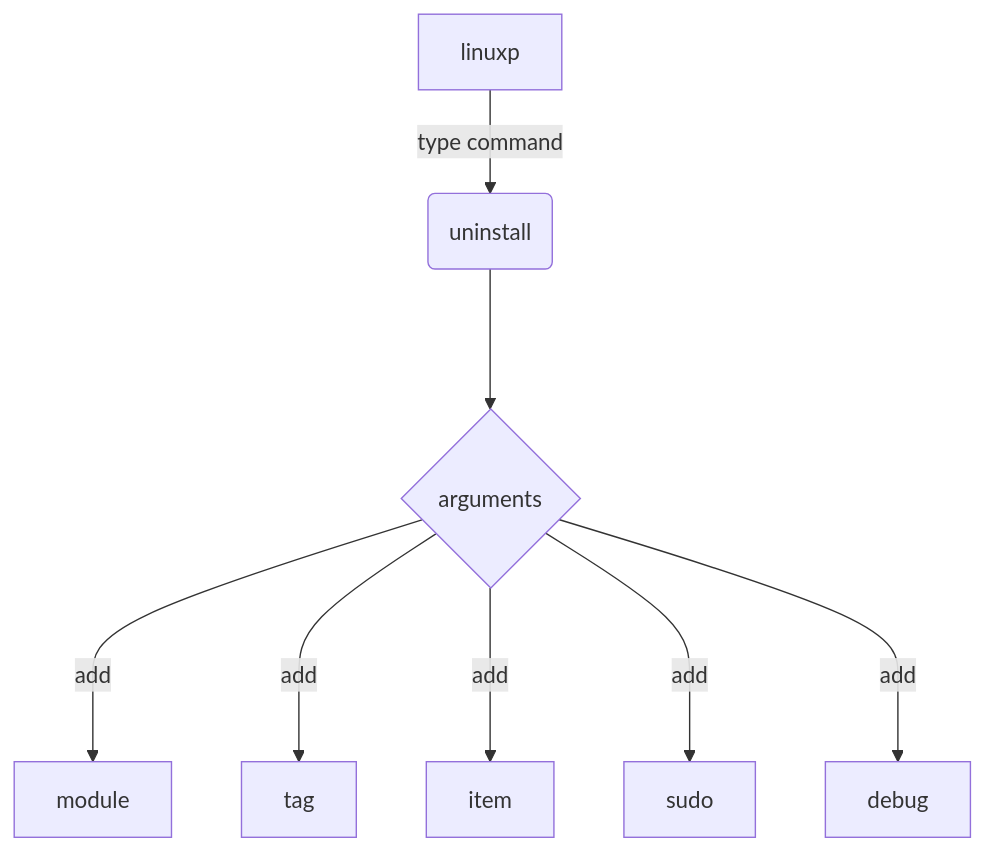
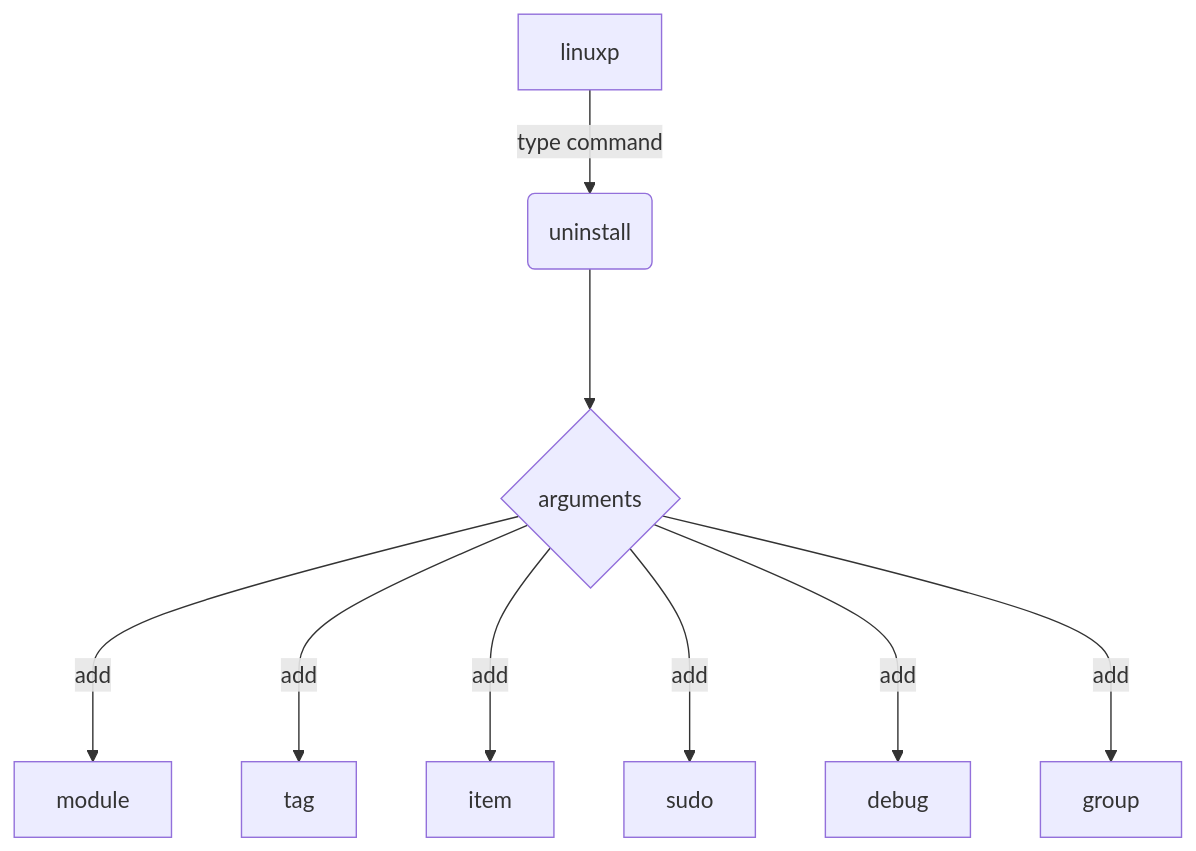
One commit to linux-profile/linux-profile changed the diagram in docs/nav/commands/uninstall/index.md. Above: the diagram before and after it, drawn with Mermaid. The commit also changed other lines of this file and 3 other files, not shown here.

````diff
--- a/docs/nav/commands/uninstall/index.md
+++ b/docs/nav/commands/uninstall/index.md
@@ -29,10 +30,11 @@
 ``` mermaid
 graph TD
     L[linuxp] -->|type command| u(uninstall)
     u ---> option_u{arguments}
     option_u --->|add| arg_u_module[module]
     option_u --->|add| arg_u_tag[tag]
     option_u --->|add| arg_u_item[item]
     option_u --->|add| arg_u_sudo[sudo]
     option_u --->|add| arg_u_debug[debug]
+    option_u --->|add| arg_u_group[group]
 ```
````
